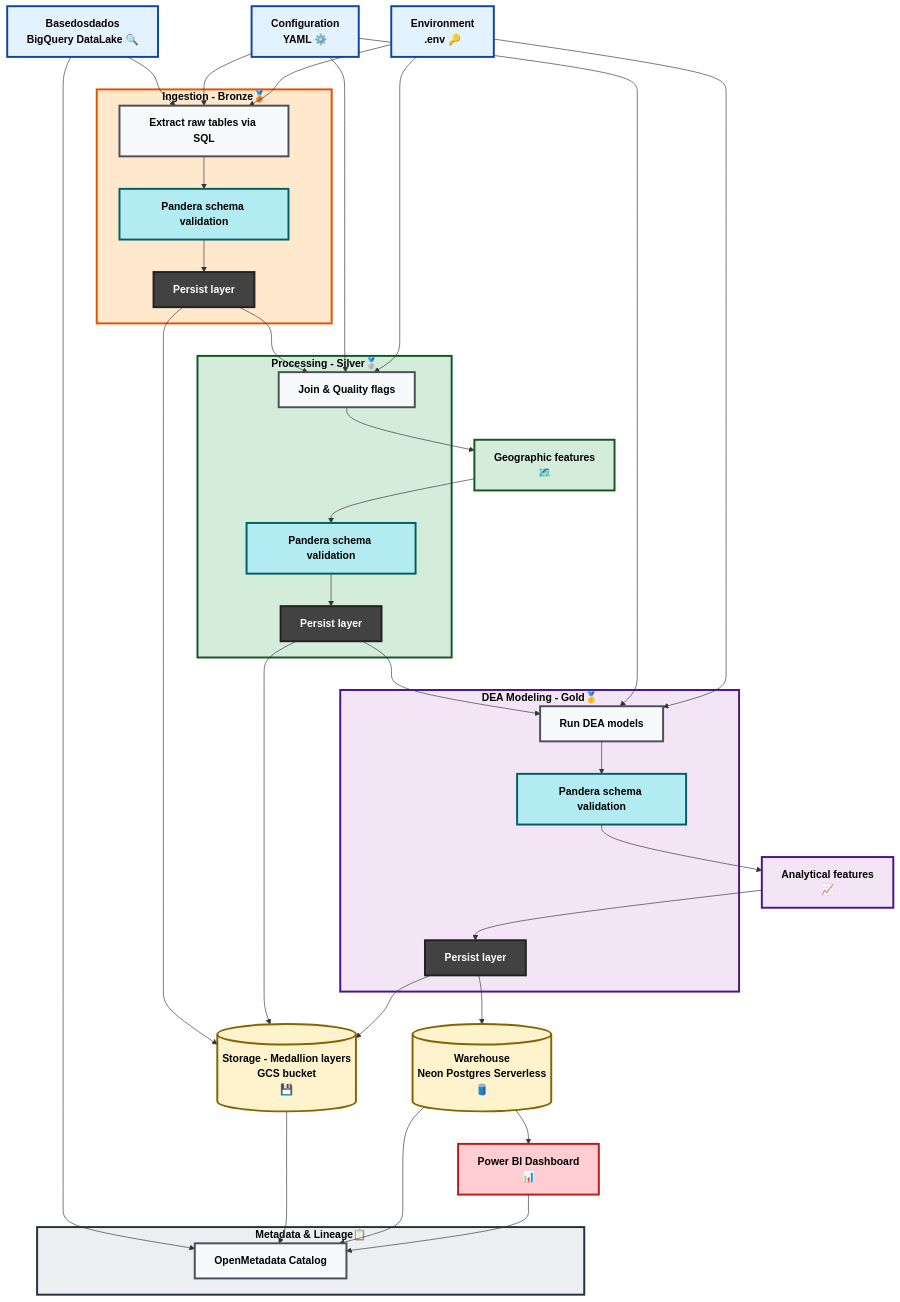
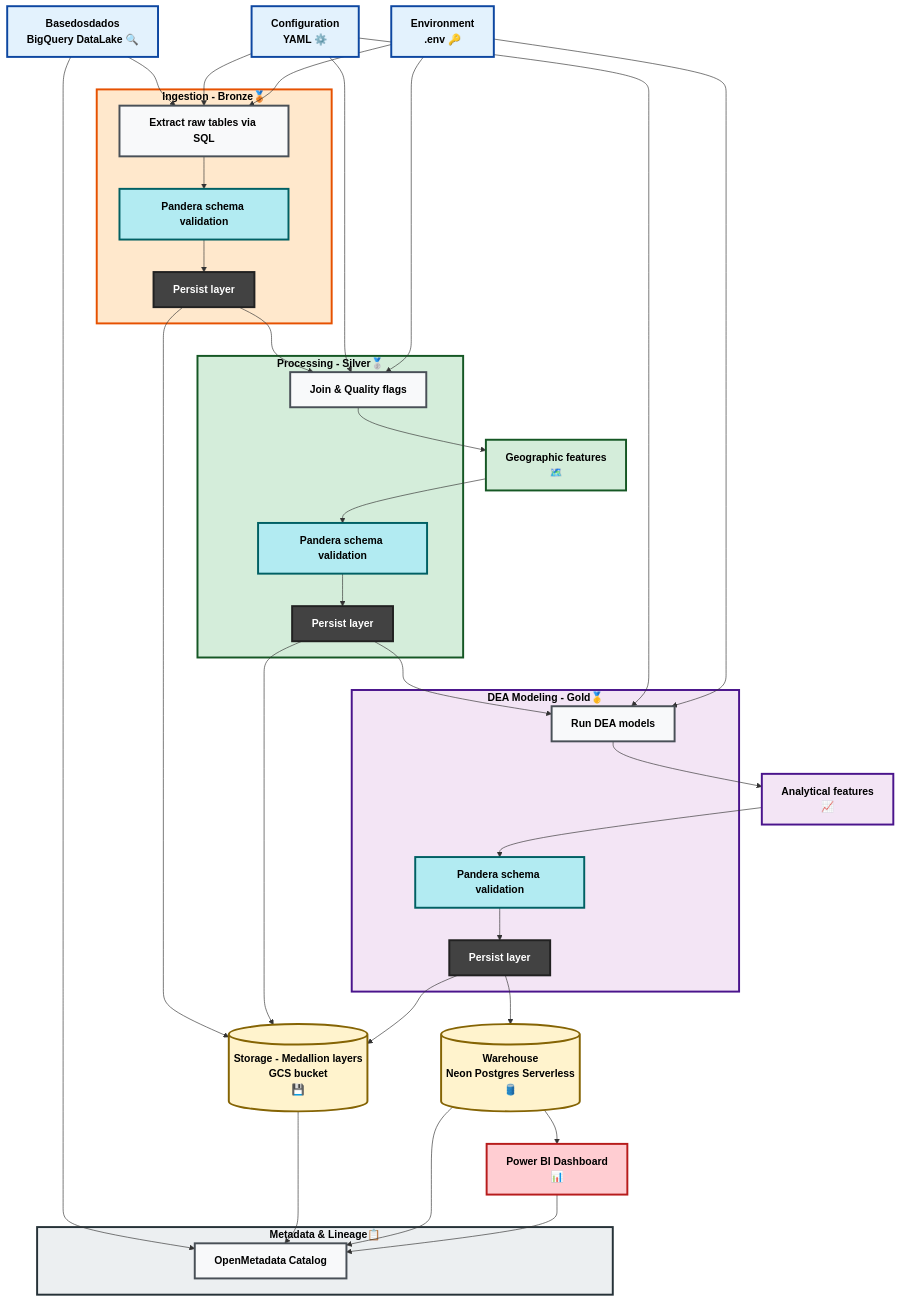
The diagram in project_diagram.md (puffdapaz/DEApython), drawn with Mermaid before and after one commit. The commit also changed 19 other files, not shown here.

```diff
--- a/project_diagram.md
+++ b/project_diagram.md
@@ -87,8 +87,8 @@
 
   CFG --> G_DEA
   ENV --> G_DEA
-  G_DEA --> G_VALIDATE --> ANALYTICS 
-  ANALYTICS --> G_SAVE
+  G_DEA --> ANALYTICS --> 
+  G_VALIDATE --> G_SAVE
 
   B_SAVE --> STORAGE
   S_SAVE --> STORAGE
```
